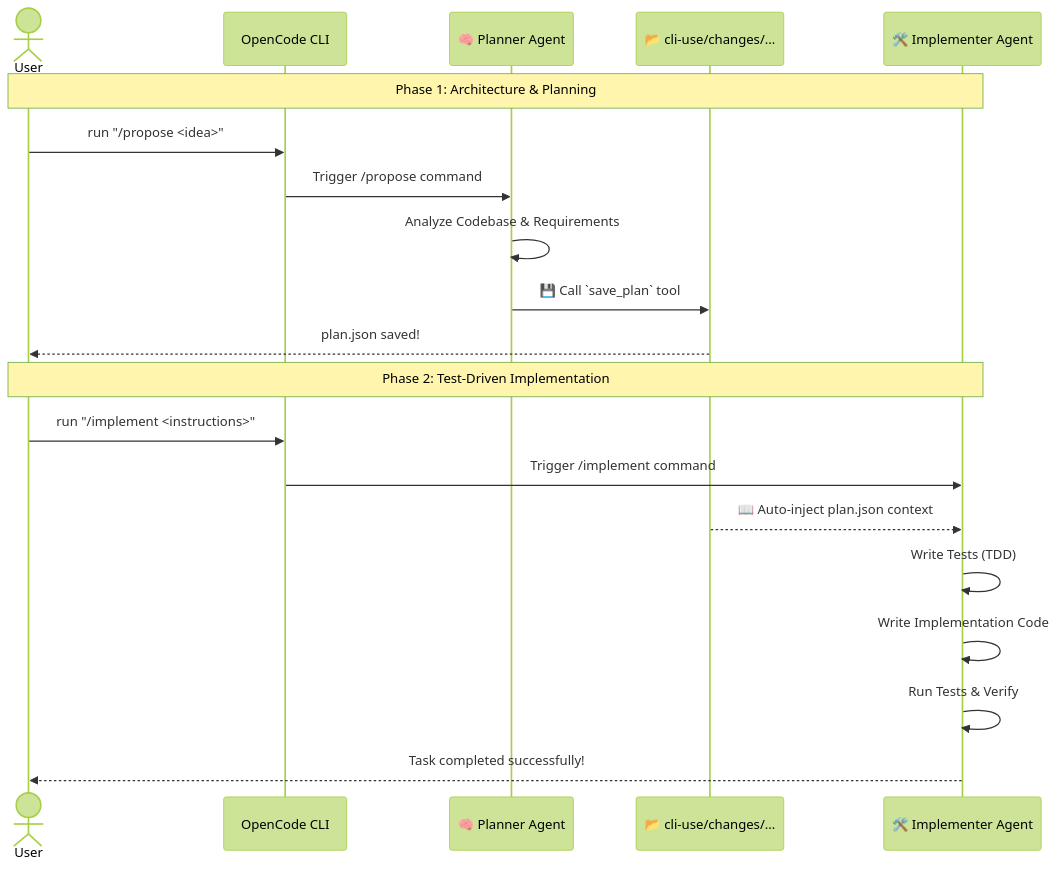
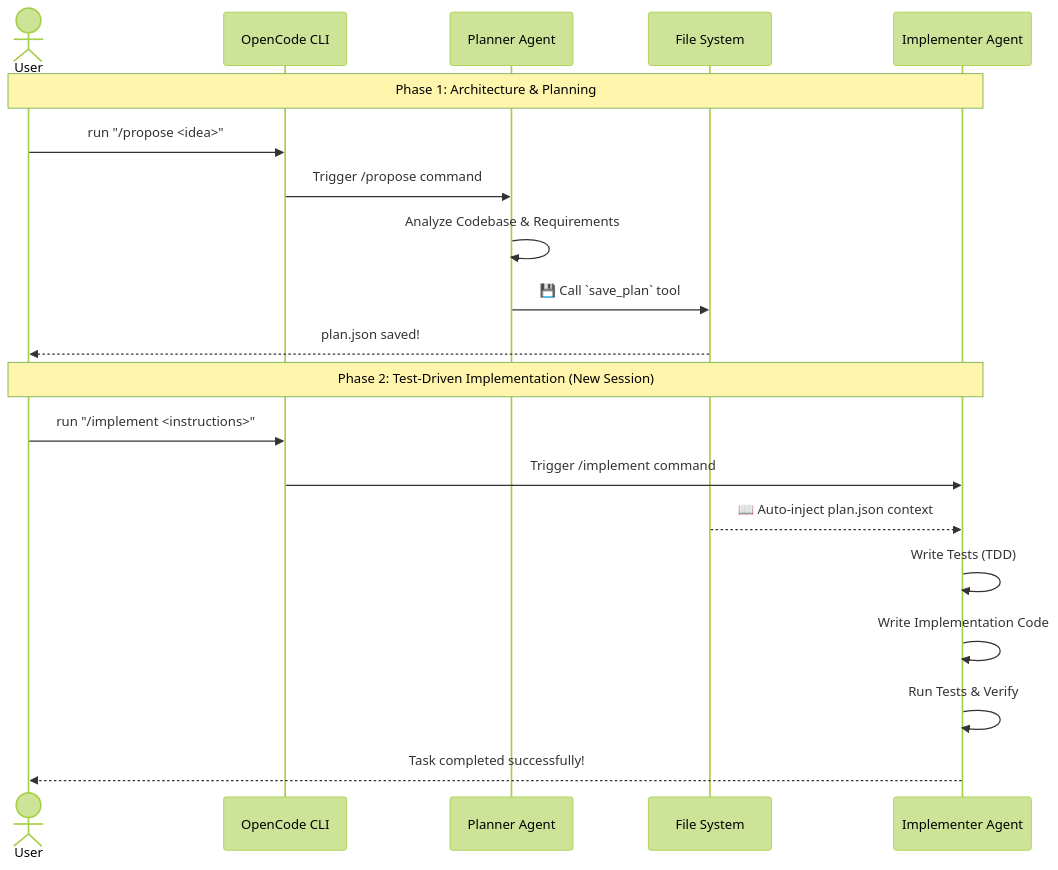
The diagram in README.md (cliuse-me/CLI-USE), drawn with Mermaid (forest theme) before and after one commit. The commit also changed other lines of this file and 2 other files, not shown here.

Commit message:
docs: clarify second session execution and fix mermaid rendering

````diff
--- a/README.md
+++ b/README.md
@@ -57,24 +57,24 @@
 ```mermaid
 sequenceDiagram
     actor User
     participant CLI as OpenCode CLI
-    participant Planner as 🧠 Planner Agent
-    participant FS as 📂 cli-use/changes/...
-    participant Impl as 🛠️ Implementer Agent
+    participant Planner as Planner Agent
+    participant FS as File System
+    participant Impl as Implementer Agent
 
     Note over User, Impl: Phase 1: Architecture & Planning
     User->>CLI: run "/propose <idea>"
     CLI->>Planner: Trigger /propose command
     Planner->>Planner: Analyze Codebase & Requirements
     Planner->>FS: 💾 Call `save_plan` tool
     FS-->>User: plan.json saved!
 
-    Note over User, Impl: Phase 2: Test-Driven Implementation
+    Note over User, Impl: Phase 2: Test-Driven Implementation (New Session)
     User->>CLI: run "/implement <instructions>"
     CLI->>Impl: Trigger /implement command
     FS-->>Impl: 📖 Auto-inject plan.json context
     Impl->>Impl: Write Tests (TDD)
     Impl->>Impl: Write Implementation Code
     Impl->>Impl: Run Tests & Verify
     Impl-->>User: Task completed successfully!
 ```
````
